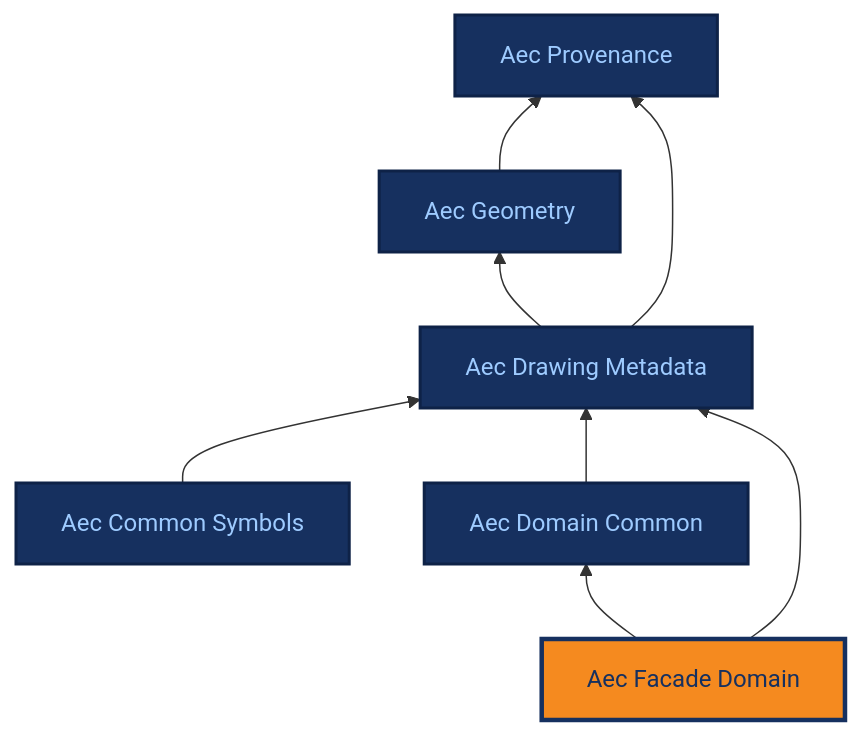
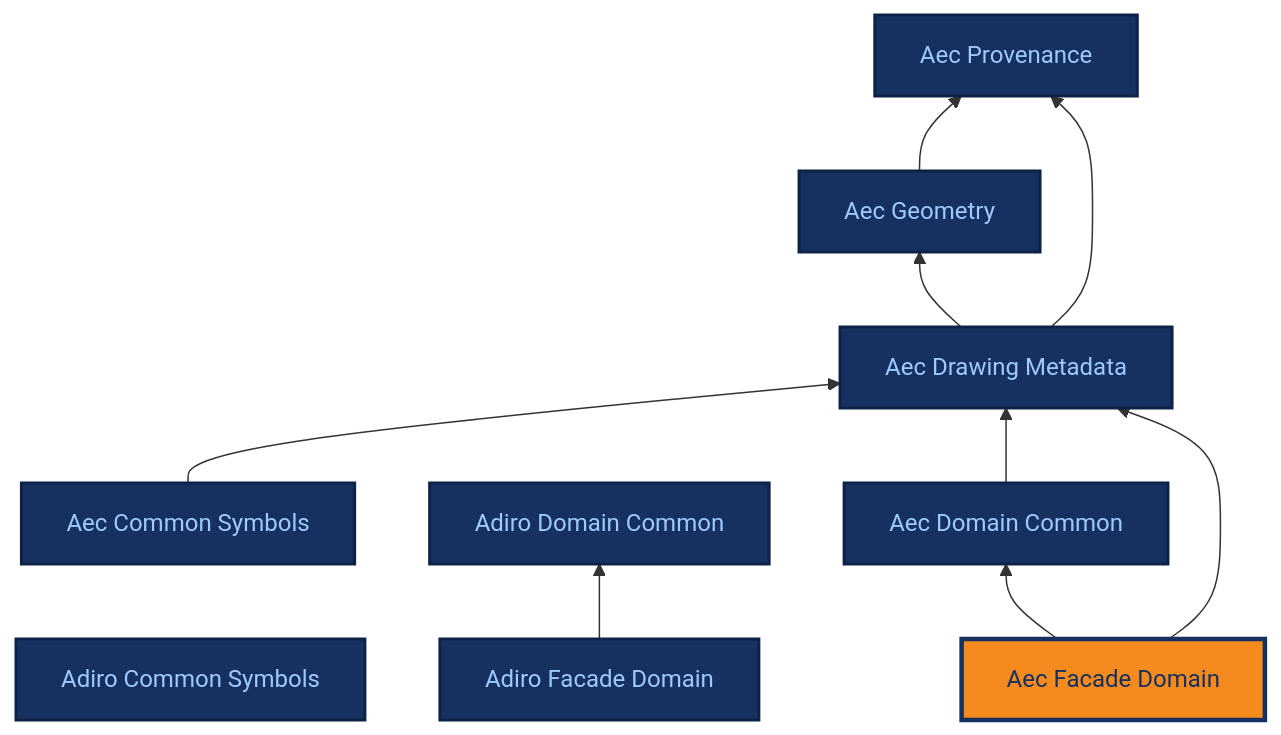
One commit to BuroHappoldMachineLearning/ADIRO changed the diagram in docs/ontologies/aec_facade_domain.md. Above: the diagram before and after it, drawn with Mermaid. The commit also changed other lines of this file and 162 other files, not shown here.

First line of the commit message:
feat: rename three modules, with the reference terms defined in adiro_drawing_symbology (#281, #277, #271)

````diff
--- a/docs/ontologies/aec_facade_domain.md
+++ b/docs/ontologies/aec_facade_domain.md
@@ -45,27 +46,34 @@
 ```mermaid
 %%{init: {"themeCSS": ".base .nodeLabel,.base .nodeLabel p,.base text,.base tspan{fill:#9ecbff !important;color:#9ecbff !important}.current .nodeLabel,.current .nodeLabel p,.current text,.current tspan{fill:#16305f !important;color:#16305f !important}"} }%%
 graph BT
     aec_provenance["Aec Provenance"]
     aec_geometry["Aec Geometry"]
     aec_drawing_metadata["Aec Drawing Metadata"]
+    adiro_common_symbols["Adiro Common Symbols"]
     aec_common_symbols["Aec Common Symbols"]
+    adiro_domain_common["Adiro Domain Common"]
     aec_domain_common["Aec Domain Common"]
+    adiro_facade_domain["Adiro Facade Domain"]
     aec_facade_domain["Aec Facade Domain"]
     aec_geometry --> aec_provenance
     aec_drawing_metadata --> aec_geometry
     aec_drawing_metadata --> aec_provenance
     aec_common_symbols --> aec_drawing_metadata
     aec_domain_common --> aec_drawing_metadata
+    adiro_facade_domain --> adiro_domain_common
     aec_facade_domain --> aec_domain_common
     aec_facade_domain --> aec_drawing_metadata
     click aec_provenance "../aec_provenance/" "Aec Provenance reference page"
     click aec_geometry "../aec_geometry/" "Aec Geometry reference page"
     click aec_drawing_metadata "../aec_drawing_metadata/" "Aec Drawing Metadata reference page"
+    click adiro_common_symbols "../adiro_common_symbols/" "Adiro Common Symbols reference page"
     click aec_common_symbols "../aec_common_symbols/" "Aec Common Symbols reference page"
+    click adiro_domain_common "../adiro_domain_common/" "Adiro Domain Common reference page"
     click aec_domain_common "../aec_domain_common/" "Aec Domain Common reference page"
+    click adiro_facade_domain "../adiro_facade_domain/" "Adiro Facade Domain reference page"
     click aec_facade_domain "../aec_facade_domain/" "Aec Facade Domain reference page"
     classDef base fill:#16305f,stroke:#0e2247,stroke-width:2px,color:#9ecbff;
-    class aec_provenance,aec_geometry,aec_drawing_metadata,aec_common_symbols,aec_domain_common base;
+    class aec_provenance,aec_geometry,aec_drawing_metadata,adiro_common_symbols,aec_common_symbols,adiro_domain_common,aec_domain_common,adiro_facade_domain base;
     classDef current fill:#f58a1f,stroke:#16305f,stroke-width:3px,color:#16305f;
     class aec_facade_domain current;
 ```
````
